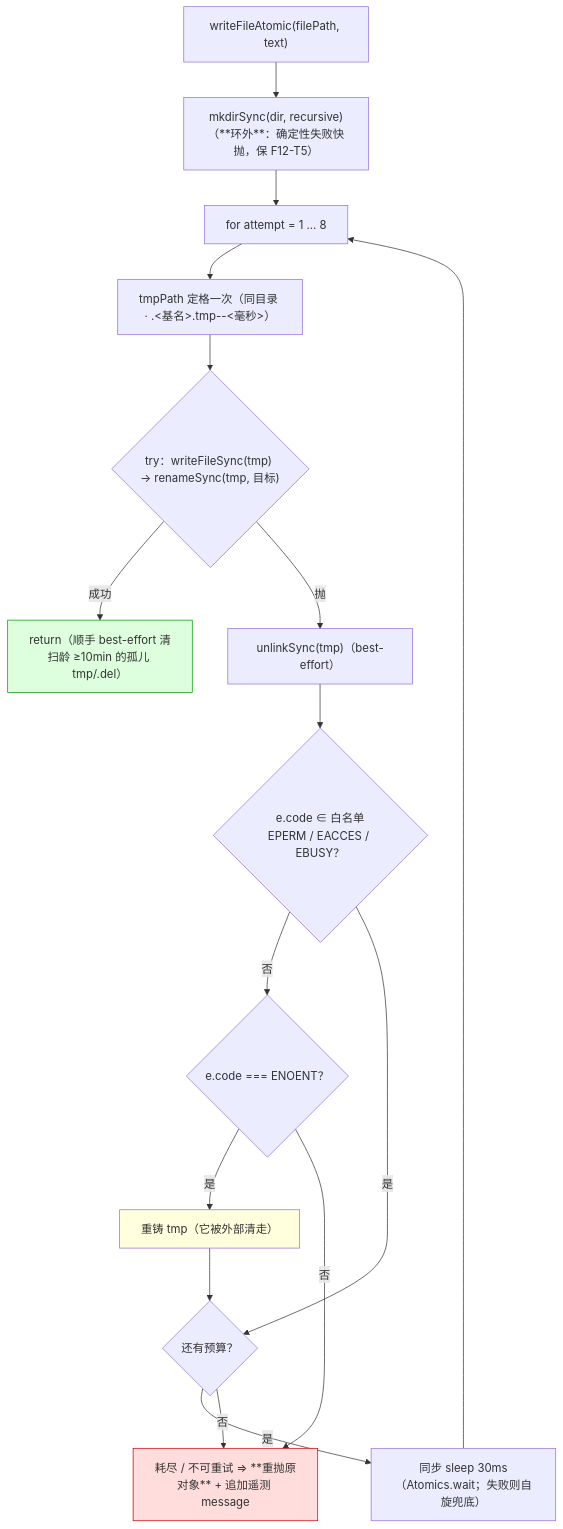
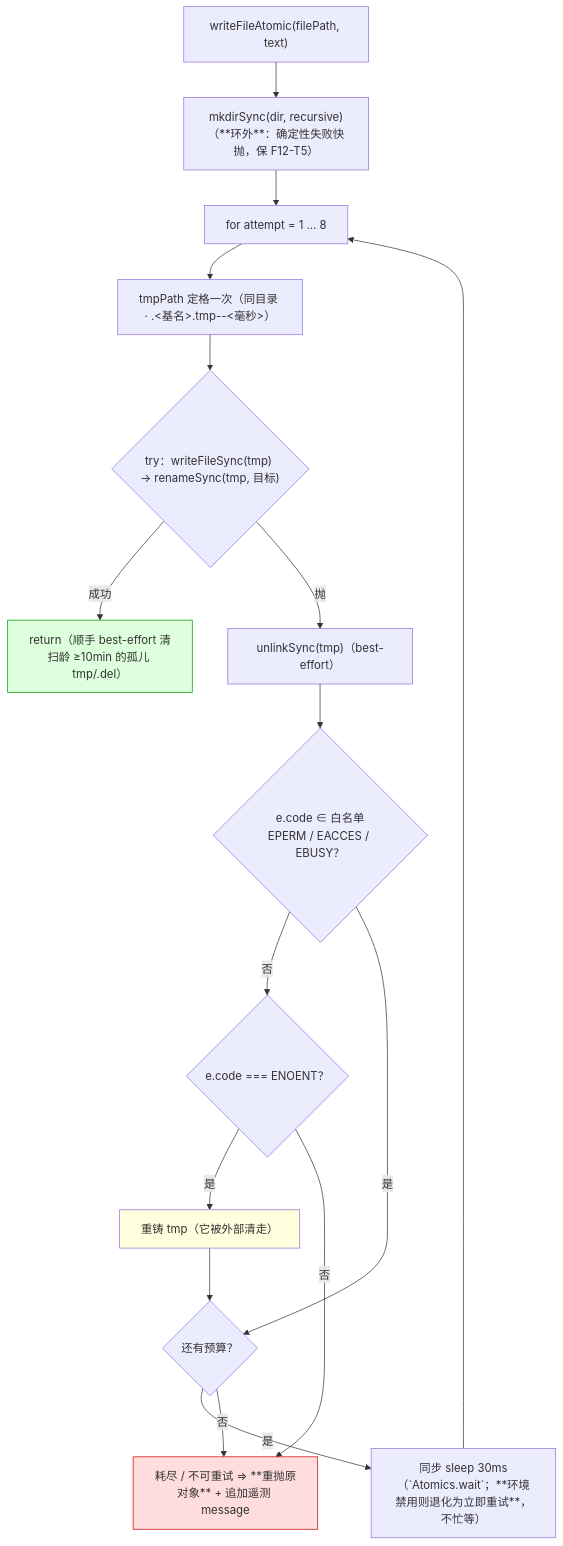
One commit to shenhuanageshei/dsh-thincoder-suite changed the first of 3 diagrams in docs/2026-09-17-writefileatomic-design.md. Above: the diagram before and after it, drawn with Mermaid. The commit also changed other lines of this file, not shown here.

````diff
--- a/docs/2026-09-17-writefileatomic-design.md
+++ b/docs/2026-09-17-writefileatomic-design.md
@@ -101,21 +101,21 @@
 ```mermaid
 flowchart TD
   A["writeFileAtomic(filePath, text)"] --> B["mkdirSync(dir, recursive)（**环外**：确定性失败快抛，保 F12-T5）"]
   B --> C["for attempt = 1 … 8"]
   C --> D["tmpPath 定格一次（同目录 · .<基名>.tmp-<pid>-<毫秒>）"]
   D --> E{"try：writeFileSync(tmp) → renameSync(tmp, 目标)"}
   E -- "成功" --> OK["return（顺手 best-effort 清扫龄 ≥10min 的孤儿 tmp/.del）"]
   E -- "抛" --> F["unlinkSync(tmp)（best-effort）"]
   F --> G{"e.code ∈ 白名单<br/>EPERM / EACCES / EBUSY？"}
   G -- "否" --> H{"e.code === ENOENT？"}
   H -- "是" --> I["重铸 tmp（它被外部清走）"]
   I --> J{"还有预算？"}
   G -- "是" --> J
   H -- "否" --> THROW["耗尽 / 不可重试 ⇒ **重抛原对象** + 追加遥测 message"]
-  J -- "是" --> K["同步 sleep 30ms（Atomics.wait；失败则自旋兜底）"]
+  J -- "是" --> K["同步 sleep 30ms（`Atomics.wait`；**环境禁用则退化为立即重试**，不忙等）"]
   K --> C
   J -- "否" --> THROW
   style OK fill:#dfd,stroke:#090
   style THROW fill:#fdd,stroke:#c00
   style I fill:#ffd
 ```
````
